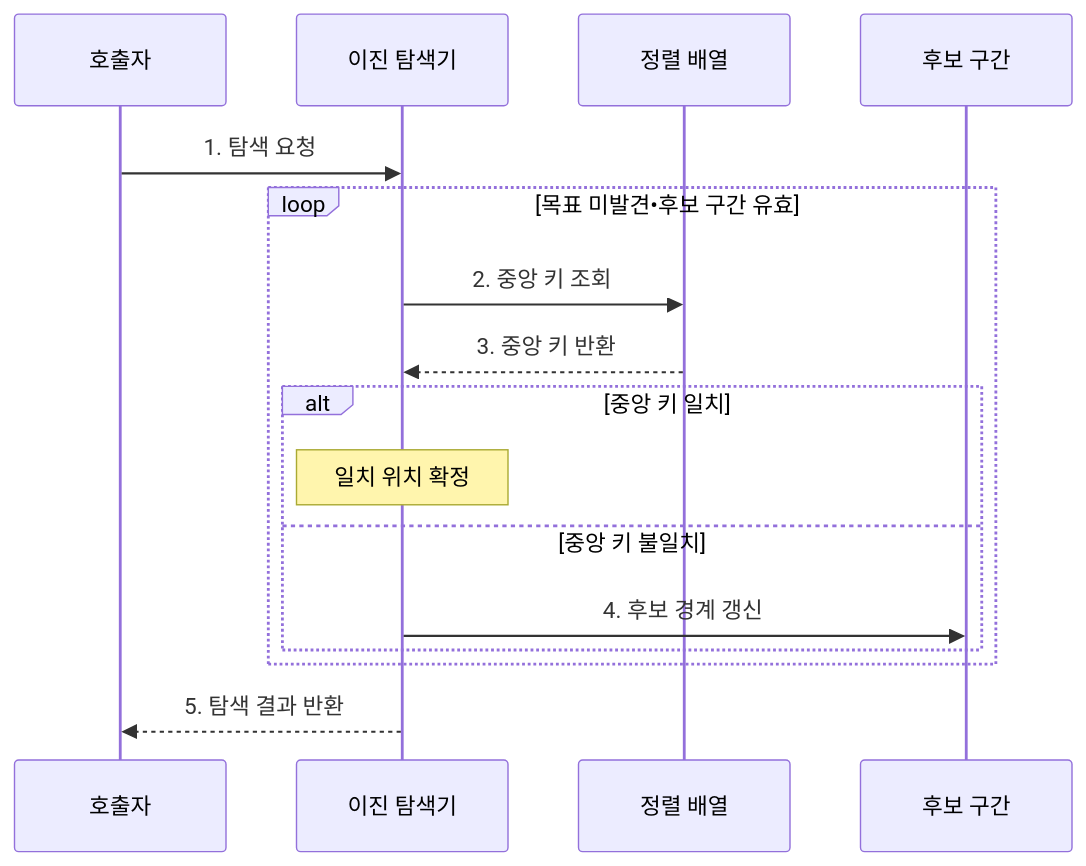
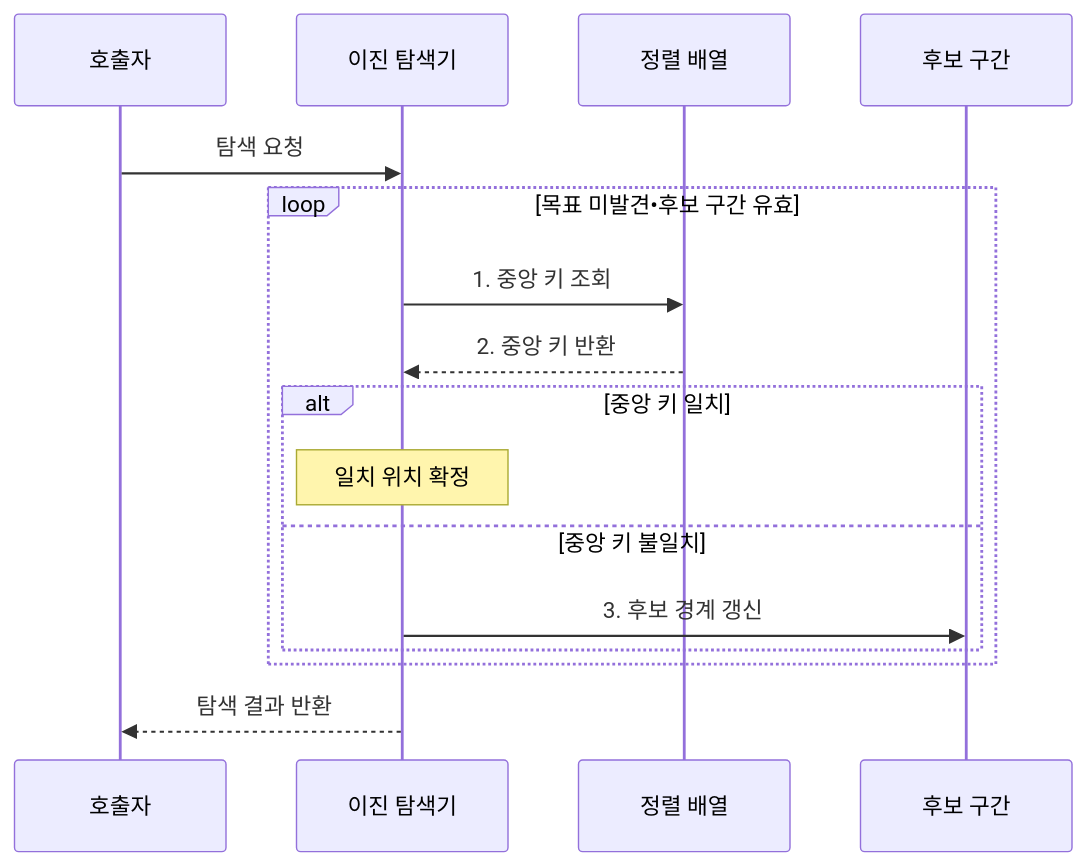
The second of 2 diagrams in src/content/docs/notes/01-basic-theory/004_binary_search.md (agnusdei1207/knowledge-base), drawn with Mermaid before and after one commit. The commit also changed other lines of this file and 17 other files, not shown here.

````diff
--- a/src/content/docs/notes/01-basic-theory/004_binary_search.md
+++ b/src/content/docs/notes/01-basic-theory/004_binary_search.md
@@ -82,18 +82,18 @@
 ```mermaid
 sequenceDiagram
     participant Q as 호출자
     participant B as 이진 탐색기
     participant A as 정렬 배열
     participant R as 후보 구간
-    Q->>B: 1. 탐색 요청
+    Q->>B: 탐색 요청
     loop 목표 미발견•후보 구간 유효
-        B->>A: 2. 중앙 키 조회
-        A-->>B: 3. 중앙 키 반환
+        B->>A: 1. 중앙 키 조회
+        A-->>B: 2. 중앙 키 반환
         alt 중앙 키 일치
             Note over B: 일치 위치 확정
         else 중앙 키 불일치
-            B->>R: 4. 후보 경계 갱신
+            B->>R: 3. 후보 경계 갱신
         end
     end
-    B-->>Q: 5. 탐색 결과 반환
+    B-->>Q: 탐색 결과 반환
 ```
````
